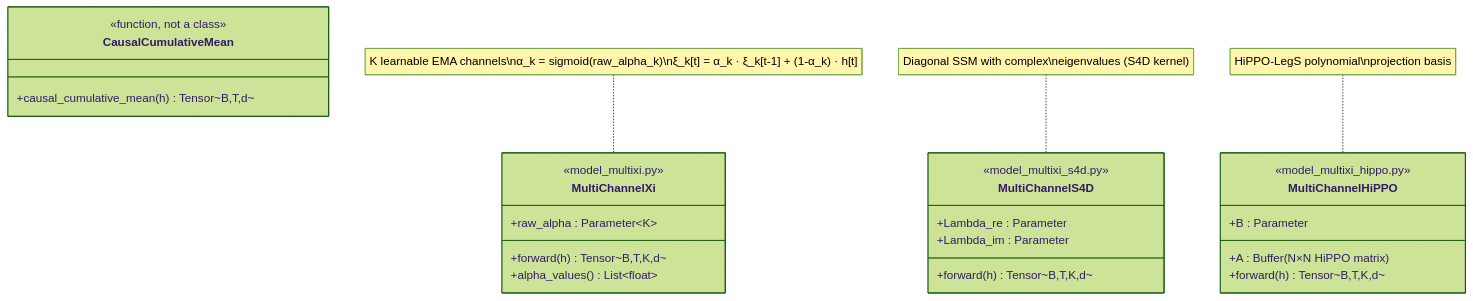
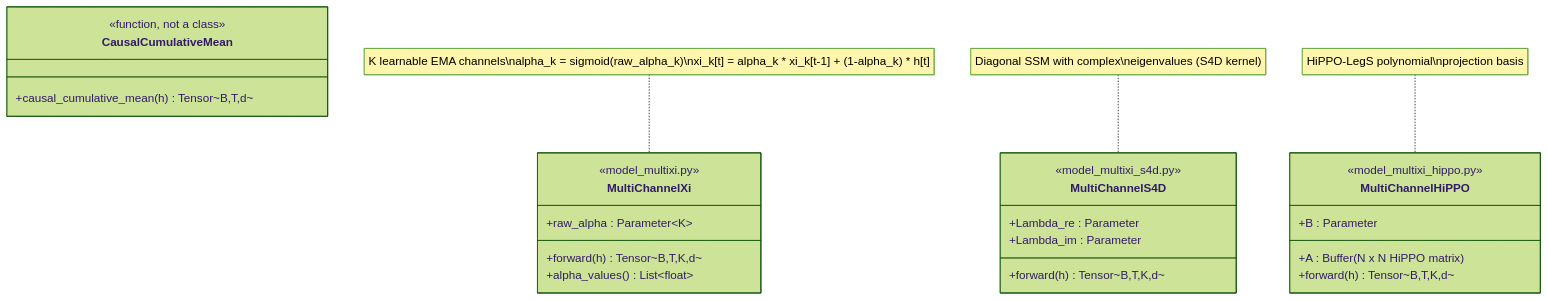
Before and after one commit to dimitarpg13/semsimula-paper: the sixth of 17 diagrams in SOFTWARE_ARCHITECTURE.md, drawn with Mermaid (forest theme). The commit also changed other lines of this file, not shown here.

Commit message:
add software class diagrams markdown

````diff
--- a/SOFTWARE_ARCHITECTURE.md
+++ b/SOFTWARE_ARCHITECTURE.md
@@ -577,34 +577,34 @@
 ```mermaid
 classDiagram
     direction TB
 
     class CausalCumulativeMean {
         <<function, not a class>>
         +causal_cumulative_mean(h) Tensor~B,T,d~
     }
 
     class MultiChannelXi {
         <<model_multixi.py>>
         +raw_alpha : Parameter~K~
         +forward(h) Tensor~B,T,K,d~
         +alpha_values() List~float~
     }
 
     class MultiChannelS4D {
         <<model_multixi_s4d.py>>
         +Lambda_re : Parameter
         +Lambda_im : Parameter
         +forward(h) Tensor~B,T,K,d~
     }
 
     class MultiChannelHiPPO {
         <<model_multixi_hippo.py>>
-        +A : Buffer (N×N HiPPO matrix)
+        +A : Buffer (N x N HiPPO matrix)
         +B : Parameter
         +forward(h) Tensor~B,T,K,d~
     }
 
-    note for MultiChannelXi "K learnable EMA channels\nα_k = sigmoid(raw_alpha_k)\nξ_k[t] = α_k · ξ_k[t-1] + (1-α_k) · h[t]"
+    note for MultiChannelXi "K learnable EMA channels\nalpha_k = sigmoid(raw_alpha_k)\nxi_k[t] = alpha_k * xi_k[t-1] + (1-alpha_k) * h[t]"
     note for MultiChannelS4D "Diagonal SSM with complex\neigenvalues (S4D kernel)"
     note for MultiChannelHiPPO "HiPPO-LegS polynomial\nprojection basis"
 ```
````
